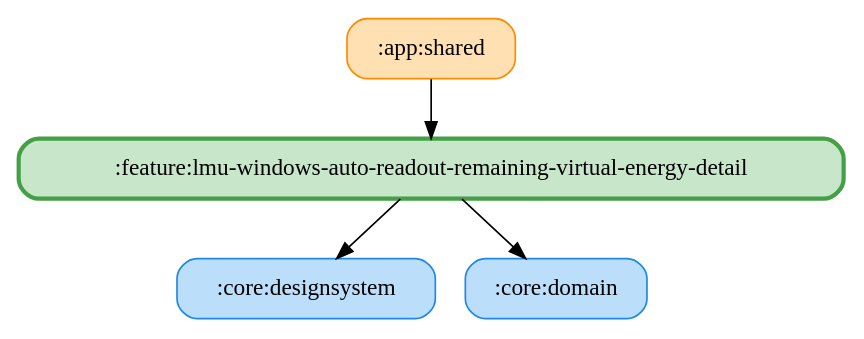
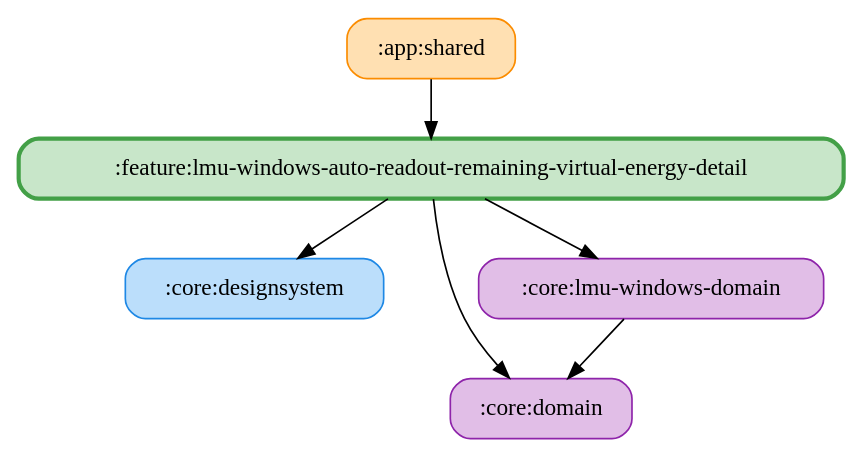
The diagram in docs/graphs/feature-lmu-windows-auto-readout-remaining-virtual-energy-detail.gv (ai-kurou/KoDriver), drawn with Graphviz before and after one commit. The commit also changed 898 other files, not shown here.

Commit message:
:core:domain をシミュレーター別のドメインモジュールに分割する(LMU・ACE・GT7) (#2411)

```diff
--- a/docs/graphs/feature-lmu-windows-auto-readout-remaining-virtual-energy-detail.gv
+++ b/docs/graphs/feature-lmu-windows-auto-readout-remaining-virtual-energy-detail.gv
@@ -1,11 +1,14 @@
 digraph G {
   rankdir=TB
   node [shape=box, style="rounded,filled"]
   ":app:shared" [fillcolor="#FFE0B2", color="#FB8C00", penwidth=1]
   ":core:designsystem" [fillcolor="#BBDEFB", color="#1E88E5", penwidth=1]
-  ":core:domain" [fillcolor="#BBDEFB", color="#1E88E5", penwidth=1]
+  ":core:domain" [fillcolor="#E1BEE7", color="#8E24AA", penwidth=1]
+  ":core:lmu-windows-domain" [fillcolor="#E1BEE7", color="#8E24AA", penwidth=1]
   ":feature:lmu-windows-auto-readout-remaining-virtual-energy-detail" [fillcolor="#C8E6C9", color="#43A047", penwidth=2.5]
   ":app:shared" -> ":feature:lmu-windows-auto-readout-remaining-virtual-energy-detail"
+  ":core:lmu-windows-domain" -> ":core:domain"
   ":feature:lmu-windows-auto-readout-remaining-virtual-energy-detail" -> ":core:domain"
+  ":feature:lmu-windows-auto-readout-remaining-virtual-energy-detail" -> ":core:lmu-windows-domain"
   ":feature:lmu-windows-auto-readout-remaining-virtual-energy-detail" -> ":core:designsystem"
 }
```
